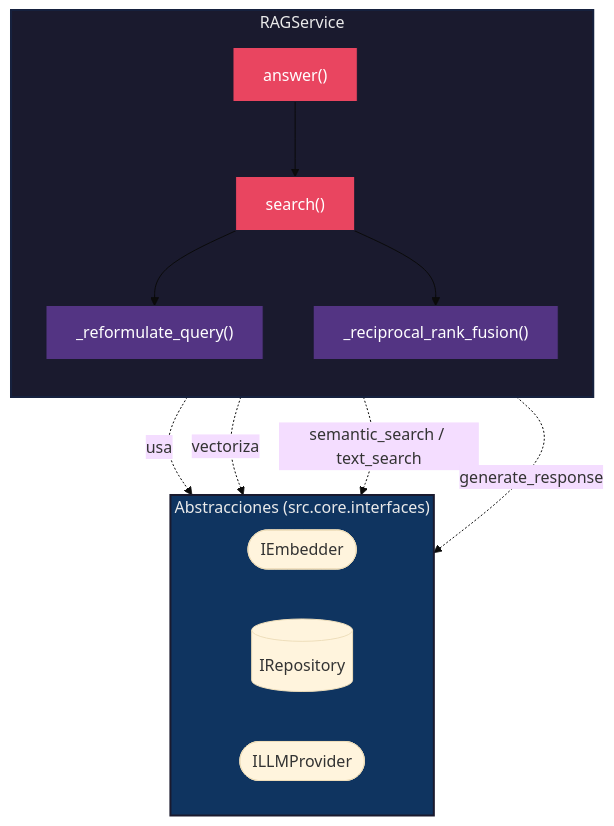
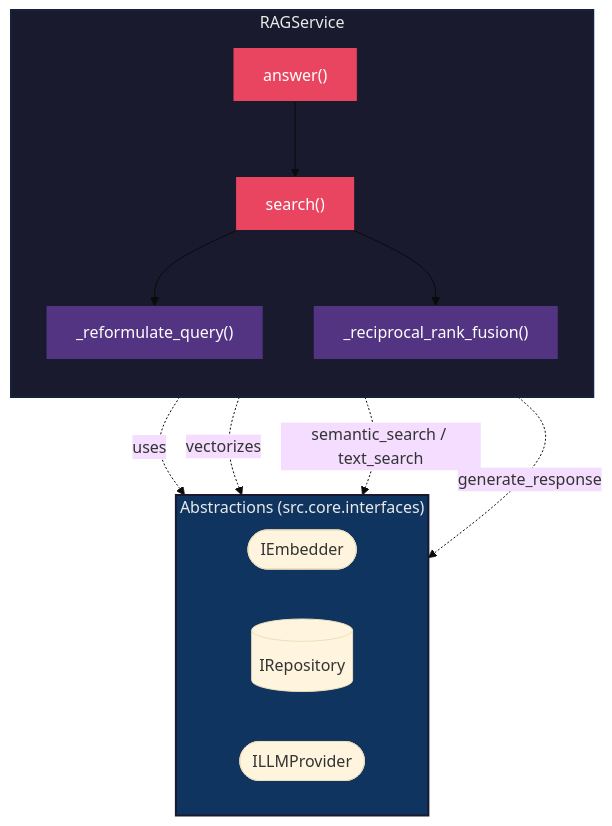
One commit to FullFran/Hybrid-RAG-example changed the second of 2 diagrams in docs/rag_service_detail.md. Above: the diagram before and after it, drawn with Mermaid (base theme). The commit also changed other lines of this file and 6 other files, not shown here.

First line of the commit message:
docs: update architecture docs with C4 diagrams and new IParser/IChunker interfaces

````diff
--- a/docs/rag_service_detail.md
+++ b/docs/rag_service_detail.md
@@ -51,35 +51,35 @@
 ```mermaid
 flowchart TB
     subgraph Service["RAGService"]
         direction TB
         search["search()"]
         reformulate["_reformulate_query()"]
         rrf["_reciprocal_rank_fusion()"]
         answer["answer()"]
 
         answer --> search
         search --> reformulate
         search --> rrf
     end
 
-    subgraph Interfaces["Abstracciones (src.core.interfaces)"]
+    subgraph Interfaces["Abstractions (src.core.interfaces)"]
         direction LR
         IEmb([IEmbedder])
         IRepo[(IRepository)]
         ILLM([ILLMProvider])
     end
 
     %% Dependencies
-    reformulate -.->|usa| ILLM
-    search -.->|vectoriza| IEmb
+    reformulate -.->|uses| ILLM
+    search -.->|vectorizes| IEmb
     search -.->|semantic_search / text_search| IRepo
     answer -.->|generate_response| ILLM
 
     %% Styling
     style Service fill:#1a1a2e,stroke:#16213e,stroke-width:2px,color:#eaeaea
     style Interfaces fill:#0f3460,stroke:#1a1a2e,stroke-width:2px,color:#eaeaea
     style search fill:#e94560,stroke:#1a1a2e,color:#fff
     style answer fill:#e94560,stroke:#1a1a2e,color:#fff
     style reformulate fill:#533483,stroke:#1a1a2e,color:#fff
     style rrf fill:#533483,stroke:#1a1a2e,color:#fff
 ```
````
